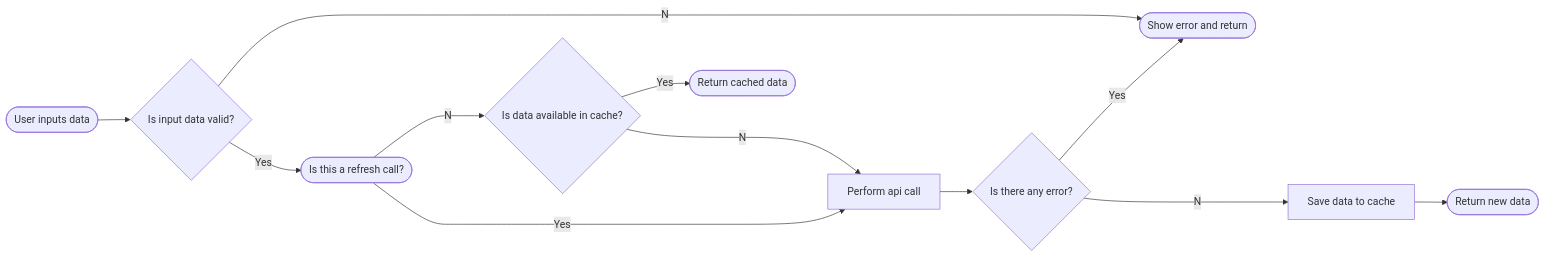
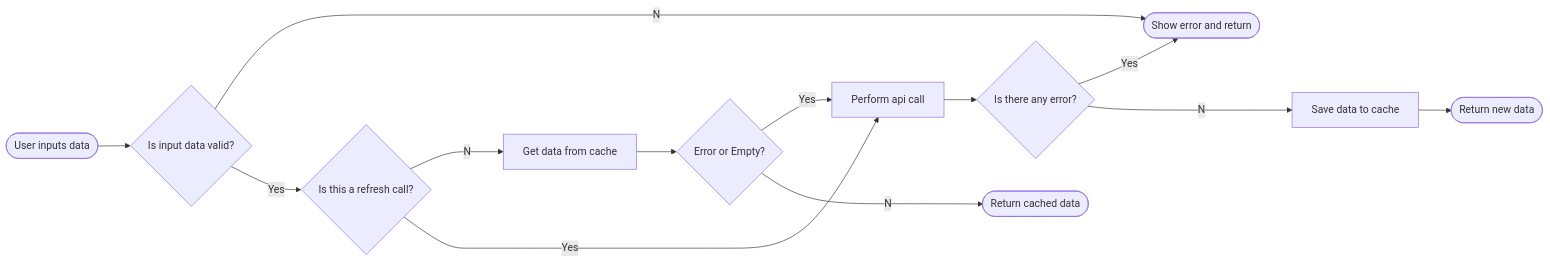
The second of 2 diagrams in README.md (vietanhvu/Weather-Forecast), drawn with Mermaid before and after one commit. The commit also changed other lines of this file and 6 other files, not shown here.

Commit message:
Add api error handling

````diff
--- a/README.md
+++ b/README.md
@@ -56,14 +56,15 @@
 ```mermaid
 graph LR
 A([User inputs data]) --> B{Is input data valid?}
 B --No--> C([Show error and return])
-B --Yes--> K([Is this a refresh call?])
-K --No--> D{Is data available in cache?}
-K --Yes--> F[Perform api call]
-D --Yes--> E([Return cached data])
-D --No--> F
+B --Yes--> K{Is this a refresh call?}
+K --No--> D[Get data from cache]
+D --> L{Error or Empty?}
+L --Yes--> F[Perform api call]
+L --No--> E([Return cached data])
+K --Yes--> F
 F -->G{Is there any error?}
 G --Yes--> C
 G --No--> H[Save data to cache]
 H --> I([Return new data])
 ```
````
